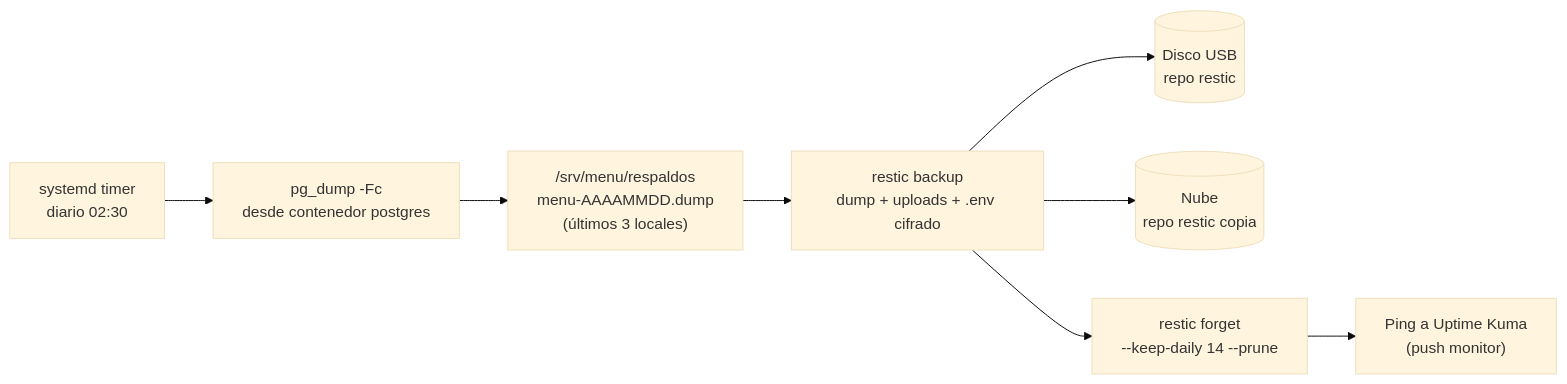
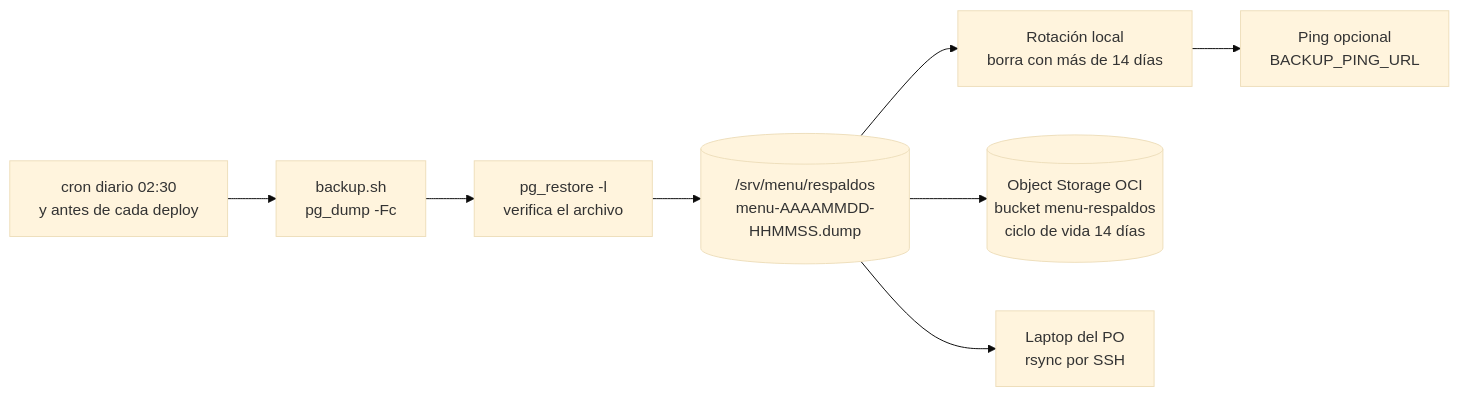
Before and after one commit to devrenerosales/App_Comidas: the second of 3 diagrams in docs/02-diseno/despliegue.md, drawn with Mermaid (base theme). The commit also changed other lines of this file and 27 other files, not shown here.

````diff
--- a/docs/02-diseno/despliegue.md
+++ b/docs/02-diseno/despliegue.md
@@ -168,10 +260,10 @@
 ```mermaid
 flowchart LR
-  T["systemd timer<br>diario 02:30"] --> D["pg_dump -Fc<br>desde contenedor postgres"]
-  D --> L["/srv/menu/respaldos<br>menu-AAAAMMDD.dump<br>(últimos 3 locales)"]
-  L --> R["restic backup<br>dump + uploads + .env cifrado"]
-  R --> USB[("Disco USB<br>repo restic")]
-  R --> N[("Nube<br>repo restic copia")]
-  R --> F["restic forget<br>--keep-daily 14 --prune"]
-  F --> K["Ping a Uptime Kuma<br>(push monitor)"]
+  T["cron diario 02:30<br>y antes de cada deploy"] --> D["backup.sh<br>pg_dump -Fc"]
+  D --> V["pg_restore -l<br>verifica el archivo"]
+  V --> L[("/srv/menu/respaldos<br>menu-AAAAMMDD-HHMMSS.dump")]
+  L --> R["Rotación local<br>borra con más de 14 días"]
+  L --> O[("Object Storage OCI<br>bucket menu-respaldos<br>ciclo de vida 14 días")]
+  L --> P["Laptop del PO<br>rsync por SSH"]
+  R --> H["Ping opcional<br>BACKUP_PING_URL"]
 ```
````
